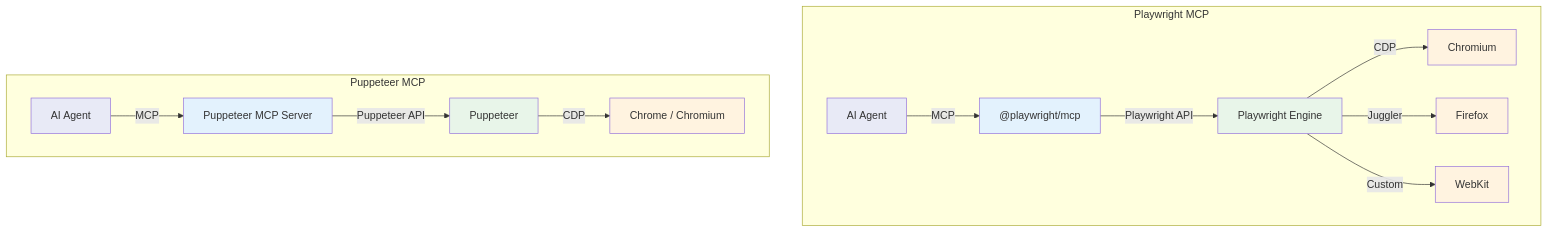
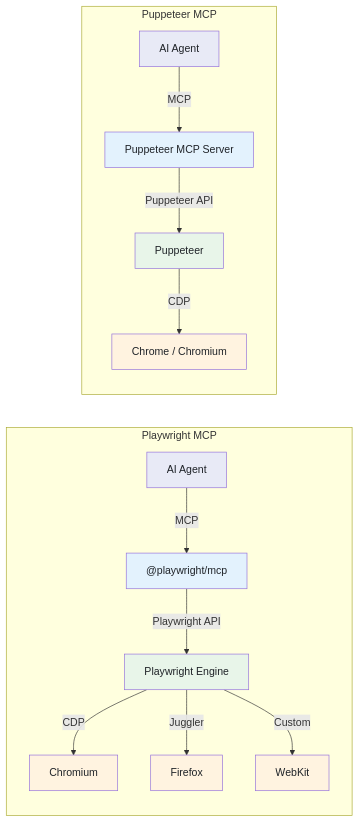
Before and after one commit to bytetunnels/bytetunnels.github.com: the second of 4 diagrams in _posts/2026-02-19-puppeteer-mcp-vs-playwright-mcp-model-context-protocol-browsers.md, drawn with Mermaid. The commit also changed other lines of this file and 118 other files, not shown here.

Commit message:
feat: improve diagram styling and compact wide flowcharts

````diff
--- a/_posts/2026-02-19-puppeteer-mcp-vs-playwright-mcp-model-context-protocol-browsers.md
+++ b/_posts/2026-02-19-puppeteer-mcp-vs-playwright-mcp-model-context-protocol-browsers.md
@@ -134,27 +134,27 @@
 ```mermaid
-graph TD
+graph LR
     subgraph Playwright MCP
         PA["AI Agent"] -->|"MCP"| PB["@playwright/mcp"]
         PB -->|"Playwright API"| PC["Playwright Engine"]
         PC -->|"CDP"| PD["Chromium"]
         PC -->|"Juggler"| PE["Firefox"]
         PC -->|"Custom"| PF["WebKit"]
     end
 
     subgraph Puppeteer MCP
         QA["AI Agent"] -->|"MCP"| QB["Puppeteer MCP Server"]
         QB -->|"Puppeteer API"| QC["Puppeteer"]
         QC -->|"CDP"| QD["Chrome / Chromium"]
     end
 
-    style PA fill:#e8eaf6
-    style PB fill:#e3f2fd
-    style PC fill:#e8f5e9
-    style PD fill:#fff3e0
-    style PE fill:#fff3e0
-    style PF fill:#fff3e0
-    style QA fill:#e8eaf6
-    style QB fill:#e3f2fd
-    style QC fill:#e8f5e9
-    style QD fill:#fff3e0
+    style PA fill:#e8eaf6,color:#1f2328
+    style PB fill:#e3f2fd,color:#1f2328
+    style PC fill:#e8f5e9,color:#1f2328
+    style PD fill:#fff3e0,color:#1f2328
+    style PE fill:#fff3e0,color:#1f2328
+    style PF fill:#fff3e0,color:#1f2328
+    style QA fill:#e8eaf6,color:#1f2328
+    style QB fill:#e3f2fd,color:#1f2328
+    style QC fill:#e8f5e9,color:#1f2328
+    style QD fill:#fff3e0,color:#1f2328
 ```
````
